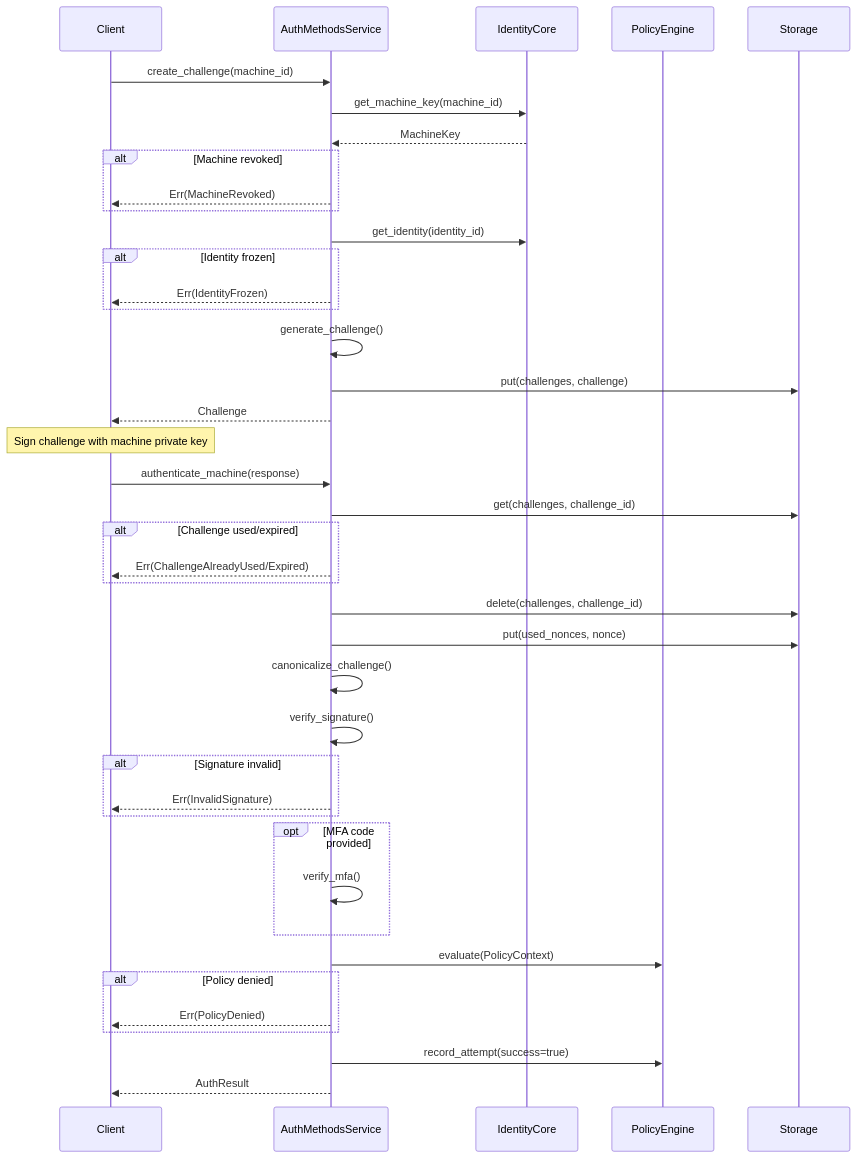
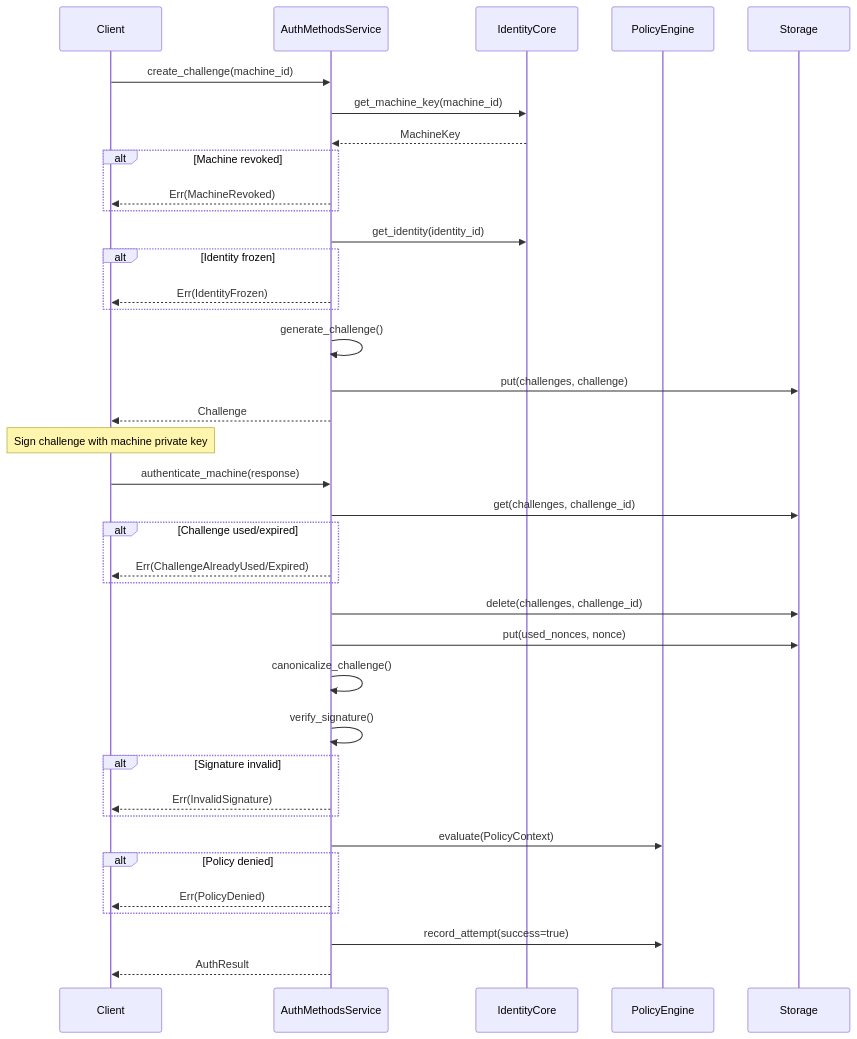
Before and after one commit to cypher-asi/zero-auth: the fifth of 8 diagrams in docs/spec/v0.1.0/07-methods.md, drawn with Mermaid. The commit also changed other lines of this file and 126 other files, not shown here.

````diff
--- a/docs/spec/v0.1.0/07-methods.md
+++ b/docs/spec/v0.1.0/07-methods.md
@@ -569,58 +504,54 @@
 ```mermaid
 sequenceDiagram
     participant Client
     participant Methods as AuthMethodsService
     participant Identity as IdentityCore
     participant Policy as PolicyEngine
     participant Storage
     
     Client->>Methods: create_challenge(machine_id)
     Methods->>Identity: get_machine_key(machine_id)
     Identity-->>Methods: MachineKey
     
     alt Machine revoked
         Methods-->>Client: Err(MachineRevoked)
     end
     
     Methods->>Identity: get_identity(identity_id)
     
     alt Identity frozen
         Methods-->>Client: Err(IdentityFrozen)
     end
     
     Methods->>Methods: generate_challenge()
     Methods->>Storage: put(challenges, challenge)
     Methods-->>Client: Challenge
     
     Note over Client: Sign challenge with machine private key
     
     Client->>Methods: authenticate_machine(response)
     Methods->>Storage: get(challenges, challenge_id)
     
     alt Challenge used/expired
         Methods-->>Client: Err(ChallengeAlreadyUsed/Expired)
     end
     
     Methods->>Storage: delete(challenges, challenge_id)
     Methods->>Storage: put(used_nonces, nonce)
     
     Methods->>Methods: canonicalize_challenge()
     Methods->>Methods: verify_signature()
     
     alt Signature invalid
         Methods-->>Client: Err(InvalidSignature)
     end
     
-    opt MFA code provided
-        Methods->>Methods: verify_mfa()
-    end
-    
     Methods->>Policy: evaluate(PolicyContext)
     
     alt Policy denied
         Methods-->>Client: Err(PolicyDenied)
     end
     
     Methods->>Policy: record_attempt(success=true)
     Methods-->>Client: AuthResult
 ```
````
